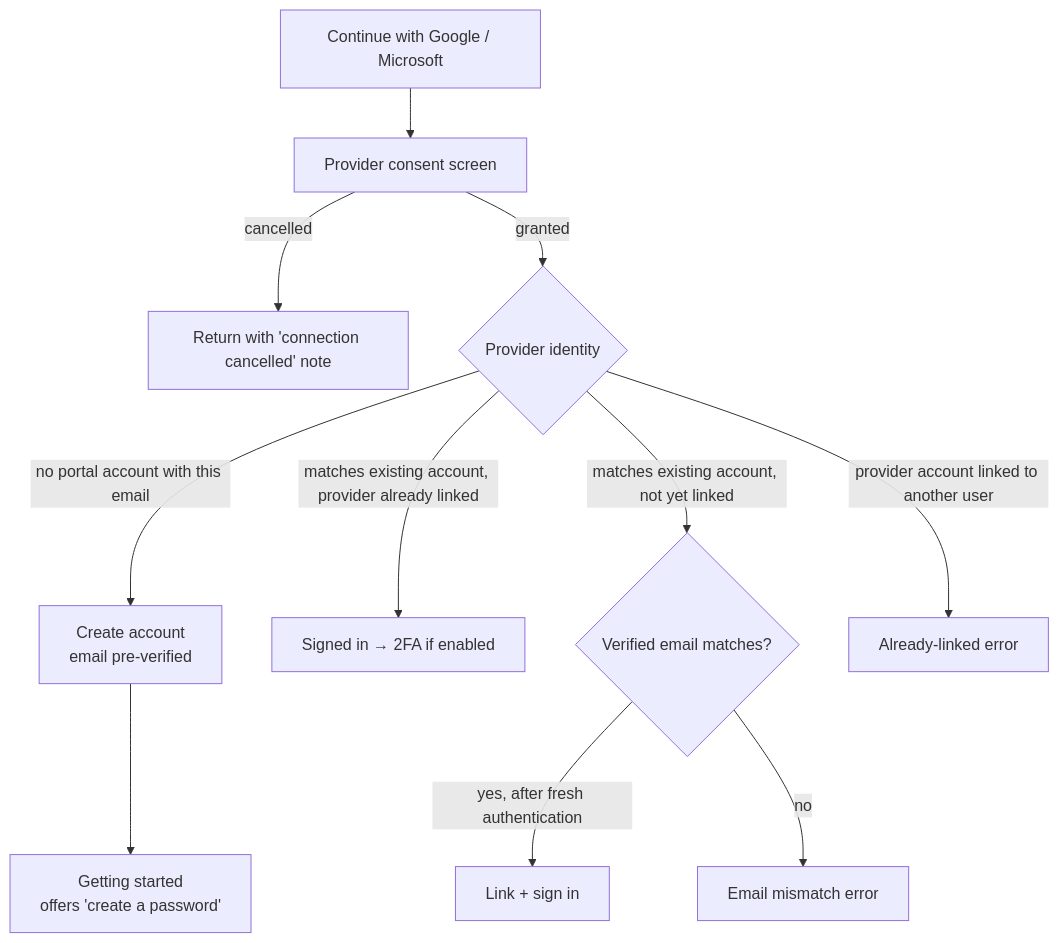
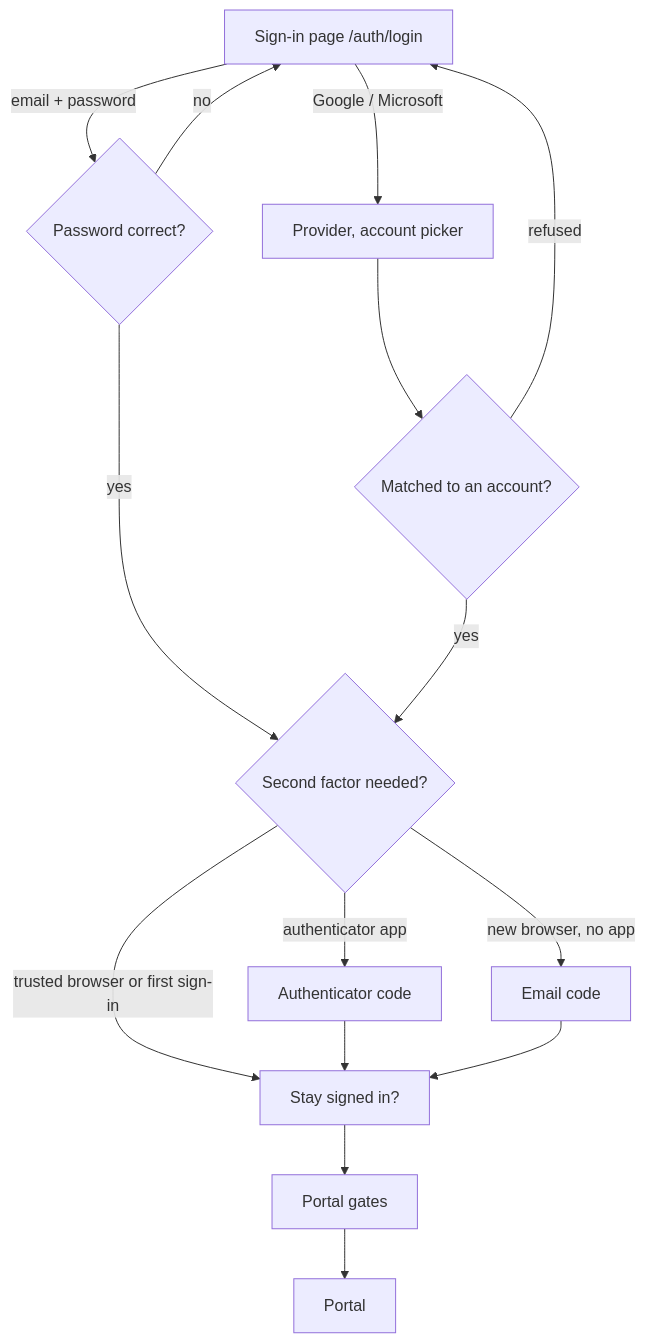
One commit to 4circlesinc/TMA-PORTAL changed the first of 2 diagrams in AUTH_DESIGN.md. Above: the diagram before and after it, drawn with Mermaid. The commit also changed other lines of this file and 11 other files, not shown here.

````diff
--- a/AUTH_DESIGN.md
+++ b/AUTH_DESIGN.md
@@ -107,12 +33,15 @@
 ```mermaid
 flowchart TD
-    B1[Continue with Google / Microsoft] --> R[Provider consent screen]
-    R -->|cancelled| C1[Return with 'connection cancelled' note]
-    R -->|granted| T{Provider identity}
-    T -->|no portal account with this email| NEW[Create account\nemail pre-verified] --> GS[Getting started\noffers 'create a password']
-    T -->|matches existing account, provider already linked| IN[Signed in → 2FA if enabled]
-    T -->|matches existing account, not yet linked| LINK{Verified email matches?}
-    LINK -->|yes, after fresh authentication| OK2[Link + sign in]
-    LINK -->|no| MM[Email mismatch error]
-    T -->|provider account linked to another user| AL[Already-linked error]
+    L[Sign-in page /auth/login] -->|email + password| P{Password correct?}
+    L -->|Google / Microsoft| O[Provider, account picker] --> M{Matched to an account?}
+    P -->|no| L
+    M -->|refused| L
+    P -->|yes| C{Second factor needed?}
+    M -->|yes| C
+    C -->|authenticator app| T[Authenticator code]
+    C -->|new browser, no app| E[Email code]
+    C -->|trusted browser or first sign-in| S
+    T --> S[Stay signed in?]
+    E --> S
+    S --> G[Portal gates] --> D[Portal]
 ```
````
